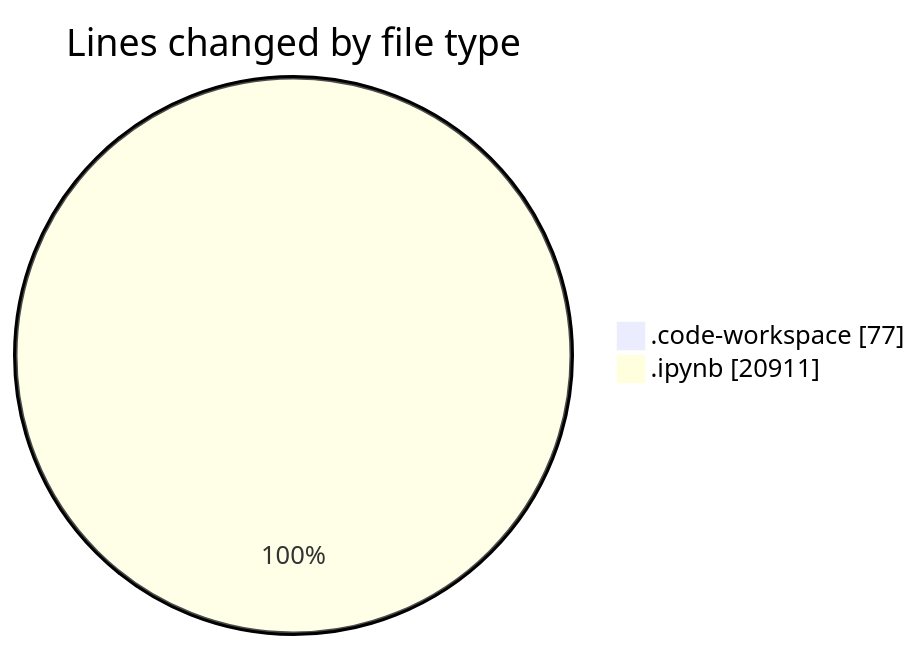
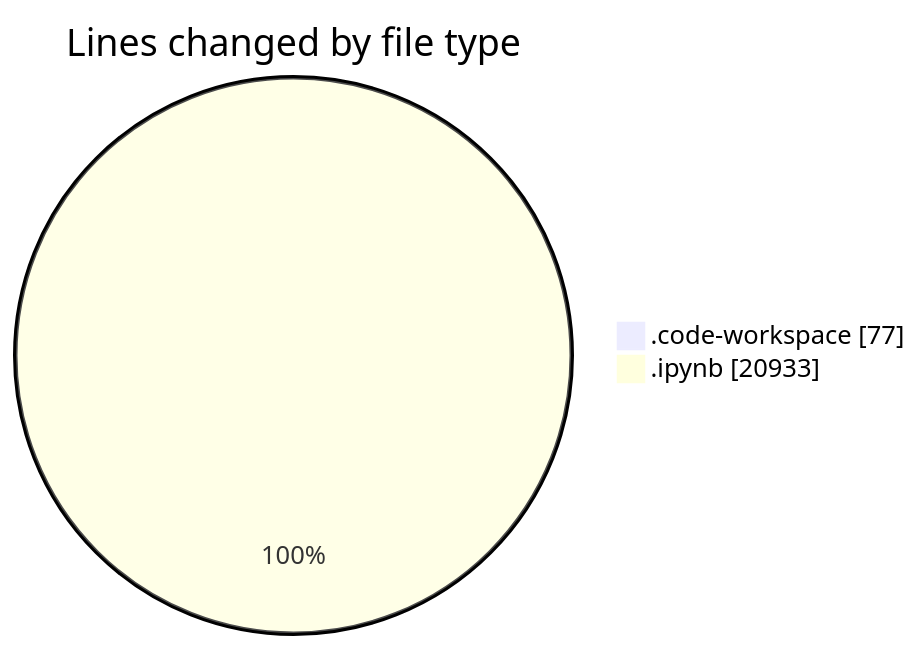
The first of 2 diagrams in 2025-03-14/myws__workspace_/README.md (MatusMokan/code-tracking), drawn with Mermaid before and after one commit. The commit also changed other lines of this file and 1 other file, not shown here.

````diff
--- a/2025-03-14/myws__workspace_/README.md
+++ b/2025-03-14/myws__workspace_/README.md
@@ -22,6 +22,6 @@
 ```mermaid
 pie showData
 title Lines changed by file type
 ".code-workspace" : 77
-".ipynb" : 20911
+".ipynb" : 20933
 ```
````
